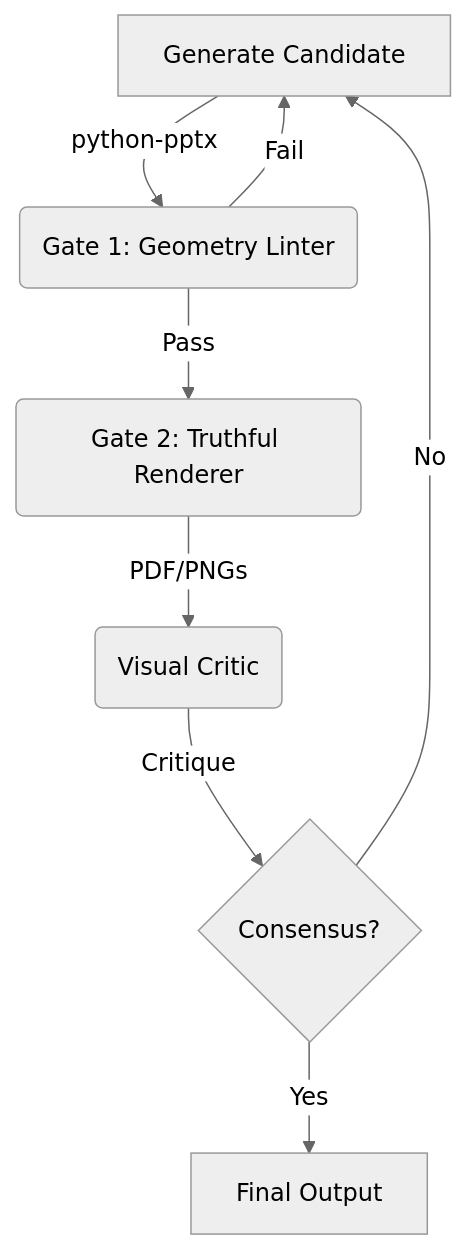
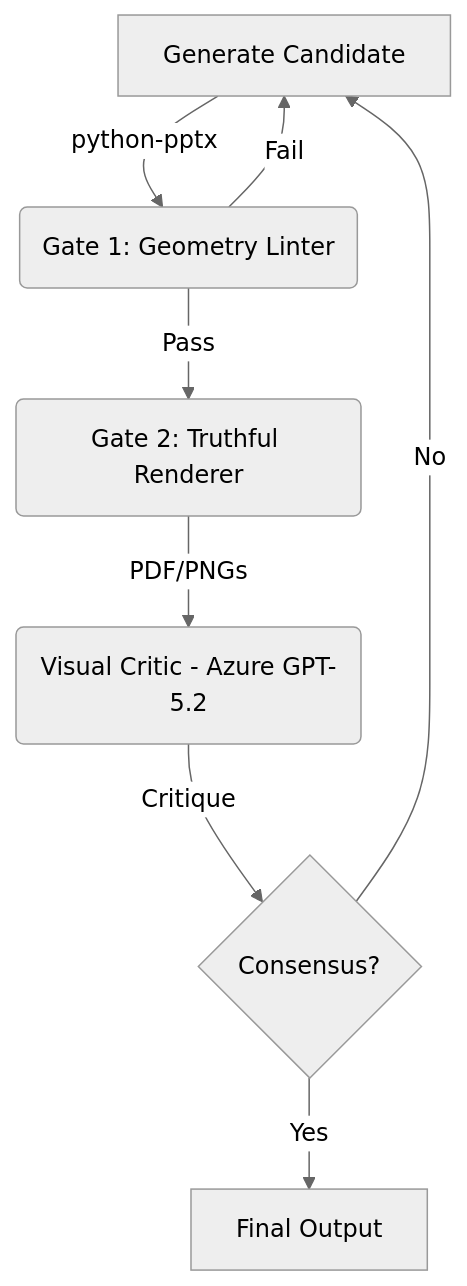
One commit to mbosseme/computer-use-1 changed the diagram in runs/2026-01-06__accelerating_technology_delivery_presentation/README.md. Above: the diagram before and after it, drawn with Mermaid (neutral theme). The commit also changed other lines of this file and 1 other file, not shown here.

````diff
--- a/runs/2026-01-06__accelerating_technology_delivery_presentation/README.md
+++ b/runs/2026-01-06__accelerating_technology_delivery_presentation/README.md
@@ -9,10 +11,10 @@
 ```mermaid
 graph TD
     A[Generate Candidate] -->|python-pptx| B(Gate 1: Geometry Linter)
     B -->|Pass| C(Gate 2: Truthful Renderer)
     B -->|Fail| A
-    C -->|PDF/PNGs| D(Visual Critic)
+    C -->|PDF/PNGs| D(Visual Critic - Azure GPT-5.2)
     D -->|Critique| E{Consensus?}
     E -->|No| A
     E -->|Yes| F[Final Output]
 ```
````
